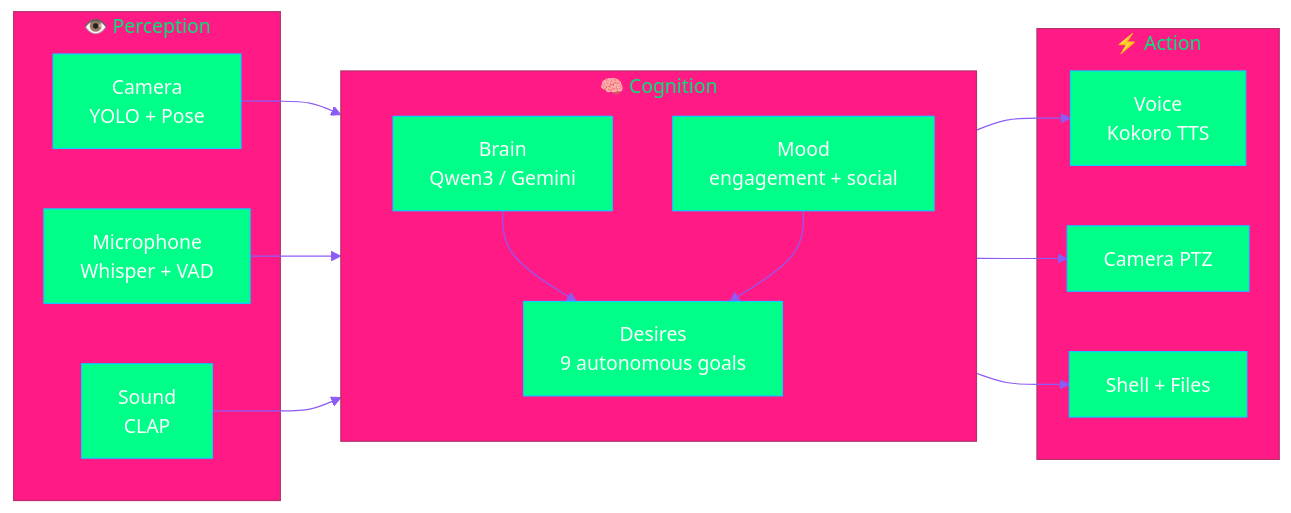
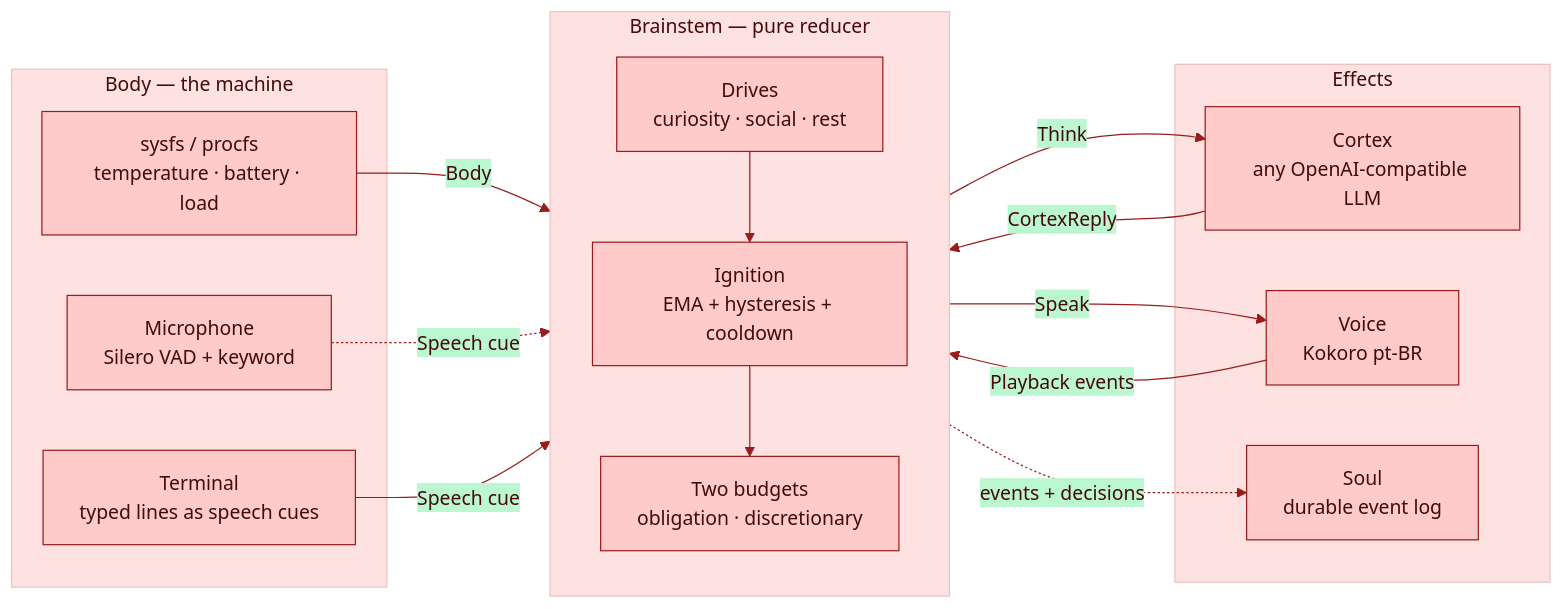
One commit to gabrielmaialva33/enton changed the first of 3 diagrams in README.md. Above: the diagram before and after it, drawn with Mermaid. The commit also changed other lines of this file and 3 other files, not shown here.

First line of the commit message:
docs: document Rust architecture, thesis, and agent instructions

````diff
--- a/README.md
+++ b/README.md
@@ -28,31 +53,32 @@
 ```mermaid
-%%{init: {'theme': 'base', 'themeVariables': { 'primaryColor': '#00ff88', 'primaryTextColor': '#fff', 'primaryBorderColor': '#00d4ff', 'lineColor': '#8b5cf6'}}}%%
+%%{init: {'theme': 'base', 'themeVariables': {'primaryColor': '#fecaca', 'primaryTextColor': '#450a0a', 'primaryBorderColor': '#991b1b', 'secondaryColor': '#bbf7d0', 'secondaryTextColor': '#052e16', 'secondaryBorderColor': '#166534', 'tertiaryColor': '#fee2e2', 'tertiaryTextColor': '#450a0a', 'lineColor': '#991b1b', 'textColor': '#1c1917'}}}%%
 flowchart LR
-    subgraph Perception["👁️ Perception"]
-        CAM[Camera<br/>YOLO + Pose]
-        MIC[Microphone<br/>Whisper + VAD]
-        SND[Sound<br/>CLAP]
+    subgraph Body["Body — the machine"]
+        SYS["sysfs / procfs<br/>temperature · battery · load"]
+        MIC["Microphone<br/>Silero VAD + keyword"]
+        TTY["Terminal<br/>typed lines as speech cues"]
     end
 
-    subgraph Cognition["🧠 Cognition"]
+    subgraph Brainstem["Brainstem — pure reducer"]
         direction TB
-        BRAIN[Brain<br/>Qwen3 / Gemini]
-        DESIRE[Desires<br/>9 autonomous goals]
-        MOOD[Mood<br/>engagement + social]
-        BRAIN --> DESIRE
-        MOOD --> DESIRE
+        DRV["Drives<br/>curiosity · social · rest"]
+        IGN["Ignition<br/>EMA + hysteresis + cooldown"]
+        BUD["Two budgets<br/>obligation · discretionary"]
+        DRV --> IGN --> BUD
     end
 
-    subgraph Action["⚡ Action"]
-        VOICE[Voice<br/>Kokoro TTS]
-        PTZ[Camera PTZ]
-        TOOLS[Shell + Files]
+    subgraph Effects["Effects"]
+        CTX["Cortex<br/>any OpenAI-compatible LLM"]
+        VOI["Voice<br/>Kokoro pt-BR"]
+        SOUL["Soul<br/>durable event log"]
     end
 
-    CAM --> Cognition
-    MIC --> Cognition
-    SND --> Cognition
-    Cognition --> VOICE
-    Cognition --> PTZ
-    Cognition --> TOOLS
+    SYS -->|Body| Brainstem
+    MIC -.->|Speech cue| Brainstem
+    TTY -->|Speech cue| Brainstem
+    Brainstem -->|Think| CTX
+    CTX -->|CortexReply| Brainstem
+    Brainstem -->|Speak| VOI
+    VOI -->|Playback events| Brainstem
+    Brainstem -.->|events + decisions| SOUL
 ```
````
